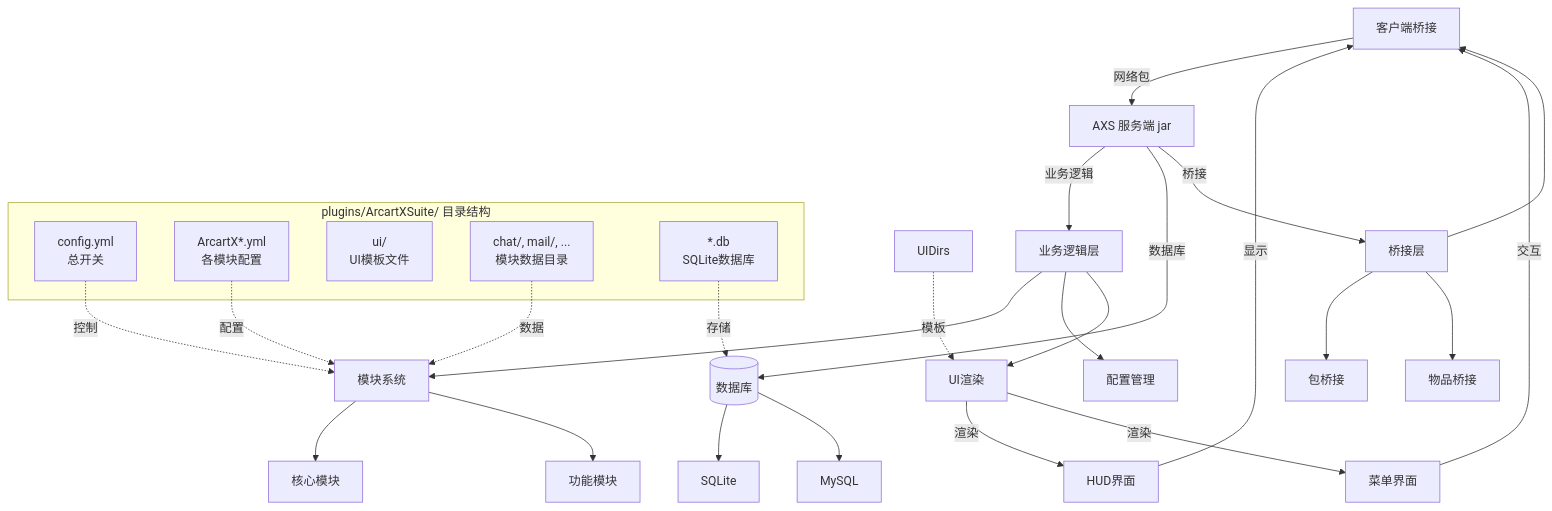
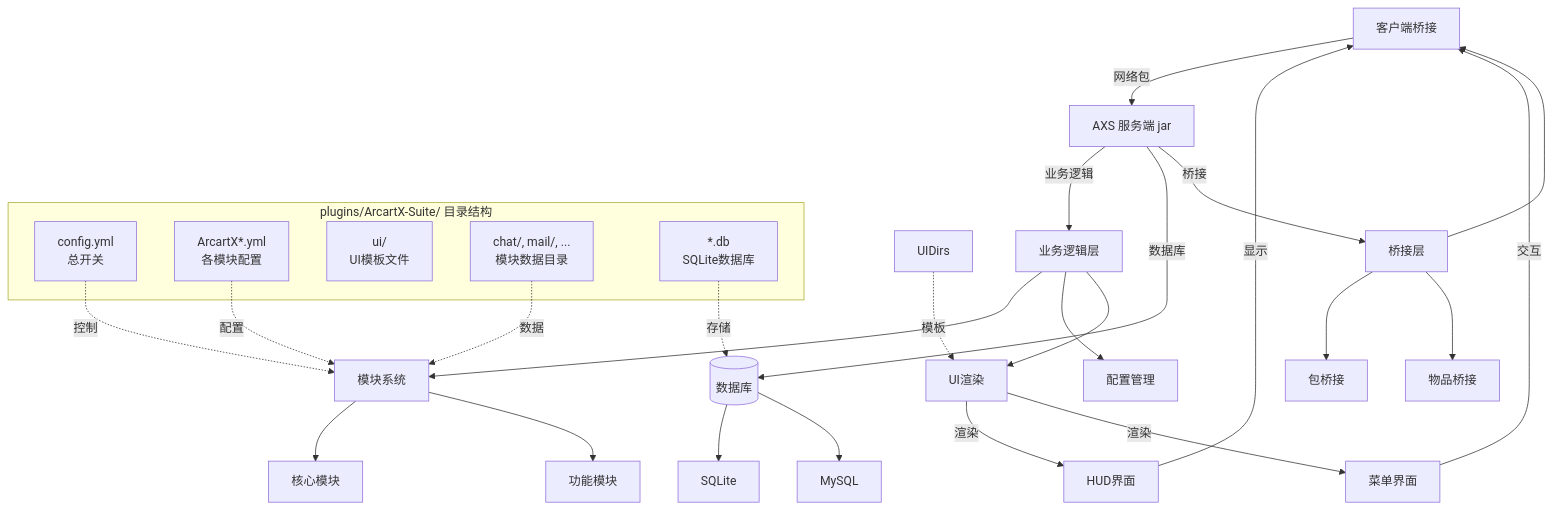
Before and after one commit to ArcartX-Suite/ArcartXSuite-Wiki: the first of 3 diagrams in docs/architecture/system-architecture.md, drawn with Mermaid. The commit also changed other lines of this file and 9 other files, not shown here.

First line of the commit message:
docs: 全局统一品牌标识为 ArcartX-Suite，更新架构文档模块数量，规范文件末尾空行

````diff
--- a/docs/architecture/system-architecture.md
+++ b/docs/architecture/system-architecture.md
@@ -10,53 +10,53 @@
 ```mermaid
 graph TB
     %% 客户端侧
     Client[ArcartX 客户端 MOD] -->|网络包| Server
     
     %% 服务端侧
     Server[AXS 服务端 jar] -->|业务逻辑| Business
     Server -->|数据库| Database
     Server -->|桥接| Bridge
     
     %% 业务逻辑层
     Business[业务逻辑层]
     Business --> Module[模块系统]
     Business --> Config[配置管理]
     Business --> UI[UI渲染]
     
     %% 模块系统
     Module[模块系统] --> Core[核心模块]
     Module --> Modules[功能模块]
     
     %% 文件系统结构（作为服务端的子部分）
-    subgraph "plugins/ArcartXSuite/ 目录结构"
+    subgraph "plugins/ArcartX-Suite/ 目录结构"
         ConfigYml["config.yml<br/>总开关"]
         ModuleConfigs["ArcartX*.yml<br/>各模块配置"]
         UIDir["ui/<br/>UI模板文件"]
         DataDirs["chat/, mail/, ...<br/>模块数据目录"]
         DBFiles["*.db<br/>SQLite数据库"]
     end
     
     %% 配置文件与功能的关系
     ConfigYml -.->|控制| Module
     ModuleConfigs -.->|配置| Module
     UIDirs -.->|模板| UI
     DataDirs -.->|数据| Module
     DBFiles -.->|存储| Database
     
     %% 数据库层
     Database[(数据库)] --> SQLite[SQLite]
     Database --> MySQL[MySQL]
     
     %% 桥接层
     Bridge[桥接层] --> Packet[包桥接]
     Bridge --> Client[客户端桥接]
     Bridge --> Item[物品桥接]
     
     %% UI渲染
     UI -->|渲染| HUD[HUD界面]
     UI -->|渲染| Menu[菜单界面]
     
     %% 最终输出
     HUD -->|显示| Client
     Menu -->|交互| Client
 ```
````
